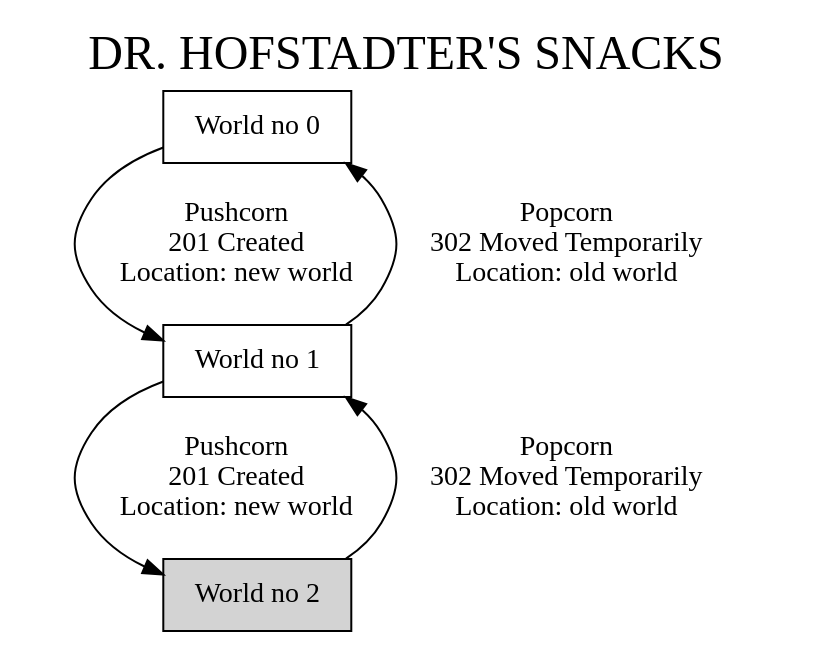
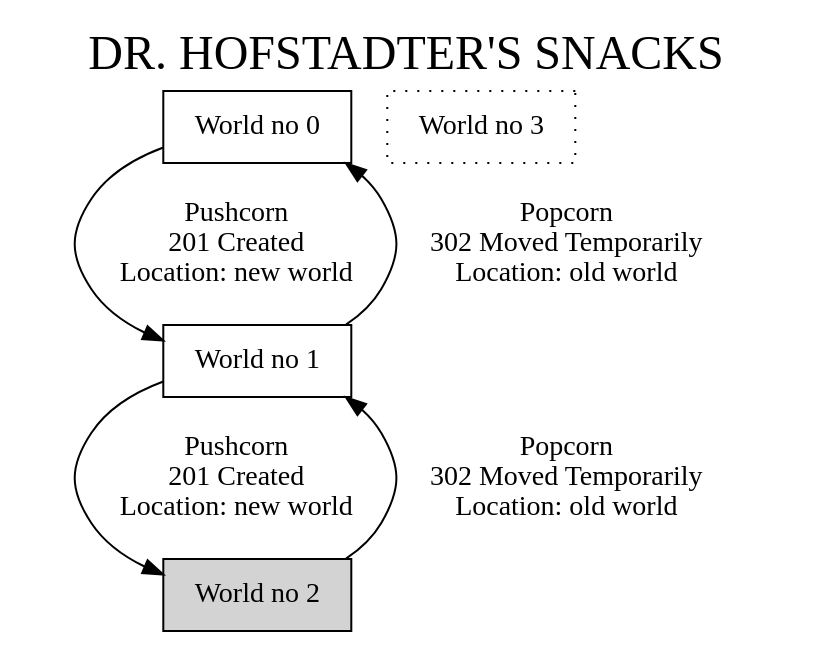
Before and after one commit to einarwh/fsmwatcher: the diagram in graphs/pcorn/pcorn-2.dot, drawn with Graphviz. The commit also changed 58 other files, not shown here.

```diff
--- a/graphs/pcorn/pcorn-2.dot
+++ b/graphs/pcorn/pcorn-2.dot
@@ -1,16 +1,17 @@
 digraph {
   label="DR. HOFSTADTER'S SNACKS";
   labelloc=t;
   fontsize=24;
   node [shape=box];
 
   world0 [label="World no 0"];
   world1 [label="World no 1"];
   world2 [label="World no 2",bgcolor="black",style="filled"];
+  world3 [label="World no 3",style="dotted"];
 
   world0 -> world1 [label="Pushcorn\n201 Created\nLocation: new world"];
   world1 -> world0 [label="Popcorn\n302 Moved Temporarily\nLocation: old world"];
 
   world1 -> world2 [label="Pushcorn\n201 Created\nLocation: new world"];
   world2 -> world1 [label="Popcorn\n302 Moved Temporarily\nLocation: old world"];
 }
```
